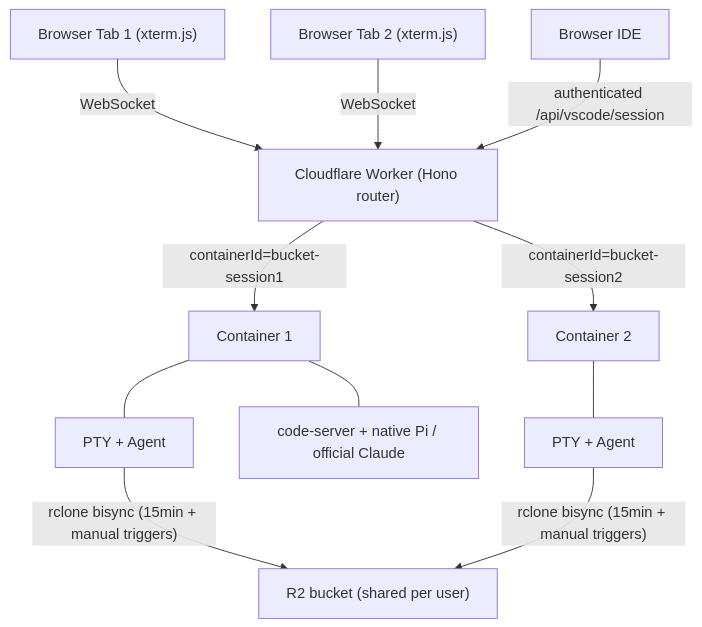
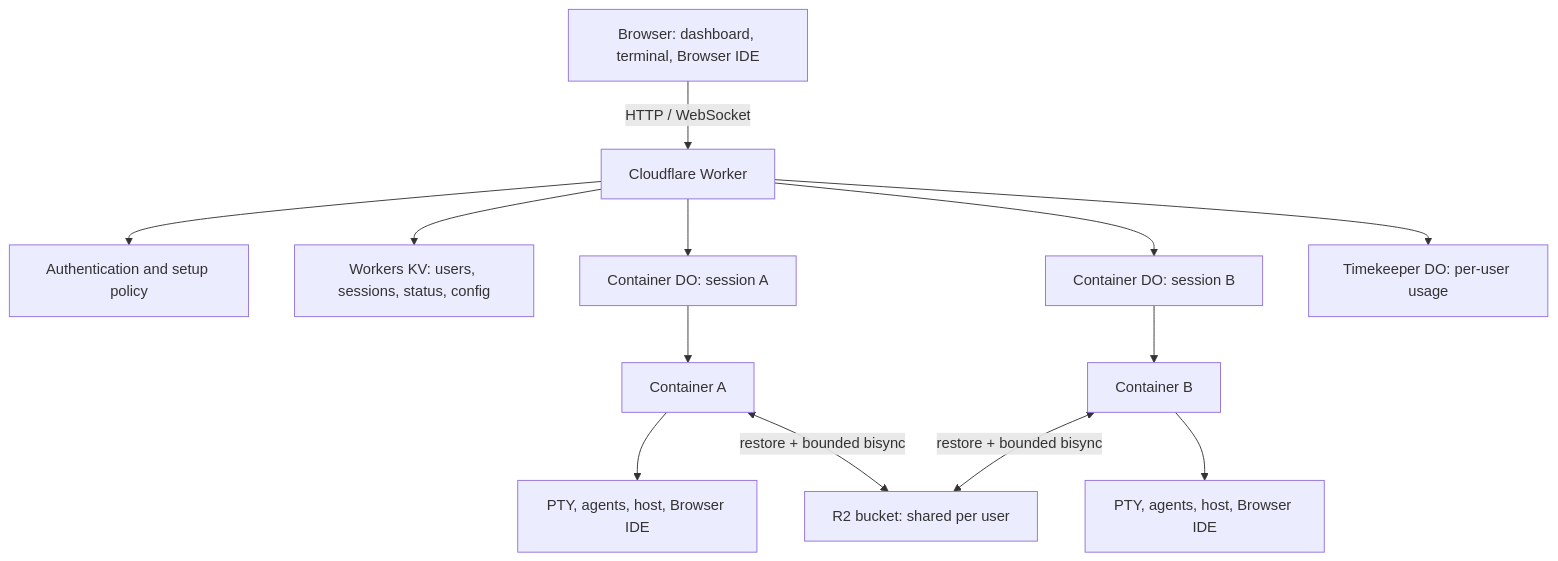
One commit to nikolanovoselec/codeflare changed the first of 10 diagrams in documentation/lanes/architecture.md. Above: the diagram before and after it, drawn with Mermaid. The commit also changed other lines of this file and 360 other files, not shown here.

First line of the commit message:
Promote Browser IDE, agent recovery, and runtime hardening (#902)

````diff
--- a/documentation/lanes/architecture.md
+++ b/documentation/lanes/architecture.md
@@ -24,13 +48,15 @@
 ```mermaid
 graph TD
-    B1["Browser Tab 1 (xterm.js)"] -->|WebSocket| W["Cloudflare Worker (Hono router)"]
-    B2["Browser Tab 2 (xterm.js)"] -->|WebSocket| W
-    BI["Browser IDE"] -->|"authenticated /api/vscode/session"| W
-    W -->|"containerId=bucket-session1"| C1["Container 1"]
-    W -->|"containerId=bucket-session2"| C2["Container 2"]
-    C1 --- P1["PTY + Agent"]
-    C1 --- O1["code-server + native Pi / official Claude"]
-    C2 --- P2["PTY + Agent"]
-    P1 -->|"rclone bisync (15min + manual triggers)"| R2["R2 bucket (shared per user)"]
-    P2 -->|"rclone bisync (15min + manual triggers)"| R2
+    B["Browser: dashboard, terminal, Browser IDE"] -->|"HTTP / WebSocket"| W["Cloudflare Worker"]
+    W --> A["Authentication and setup policy"]
+    W --> KV["Workers KV: users, sessions, status, config"]
+    W --> DO1["Container DO: session A"]
+    W --> DO2["Container DO: session B"]
+    W --> TK["Timekeeper DO: per-user usage"]
+    DO1 --> C1["Container A"]
+    DO2 --> C2["Container B"]
+    C1 --> P1["PTY, agents, host, Browser IDE"]
+    C2 --> P2["PTY, agents, host, Browser IDE"]
+    C1 <-->|"restore + bounded bisync"| R2["R2 bucket: shared per user"]
+    C2 <-->|"restore + bounded bisync"| R2
 ```
````
